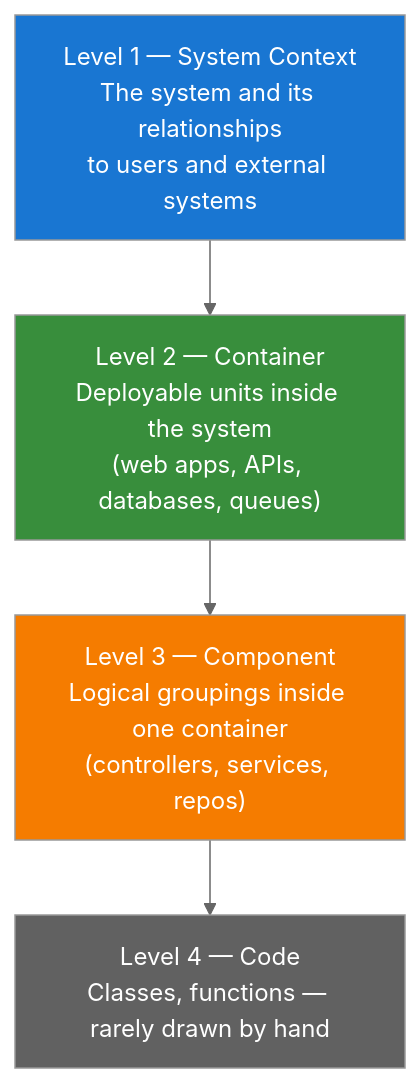
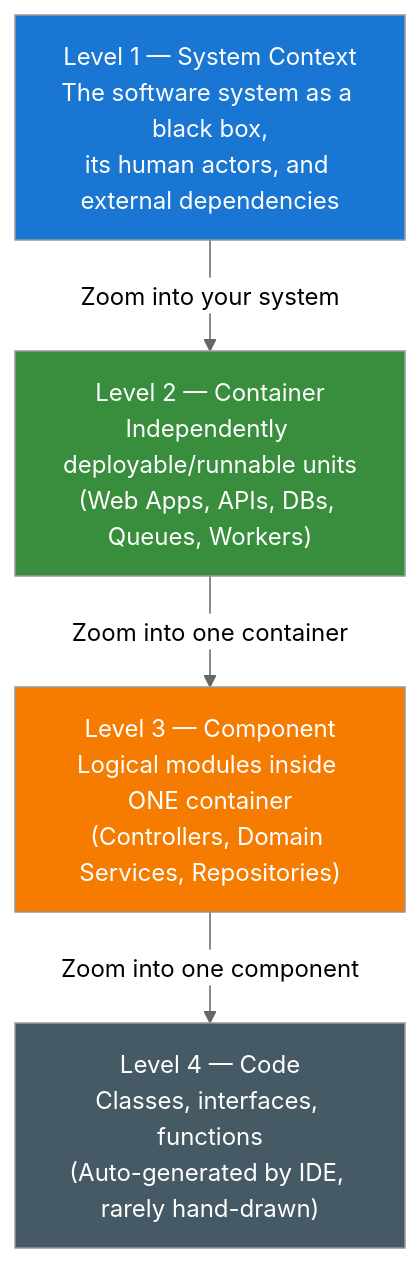
One commit to nitinkc/PrincipalEngineer_InterviewGuide changed the first of 4 diagrams in docs/02.01-c4-model.md. Above: the diagram before and after it, drawn with Mermaid (neutral theme). The commit also changed other lines of this file and 27 other files, not shown here.

````diff
--- a/docs/02.01-c4-model.md
+++ b/docs/02.01-c4-model.md
@@ -21,14 +25,16 @@
 ```mermaid
 graph TD
-    L1["Level 1 — System Context\nThe system and its relationships\nto users and external systems"]
-    L2["Level 2 — Container\nDeployable units inside the system\n(web apps, APIs, databases, queues)"]
-    L3["Level 3 — Component\nLogical groupings inside one container\n(controllers, services, repos)"]
-    L4["Level 4 — Code\nClasses, functions — rarely drawn by hand"]
+    L1["Level 1 — System Context<br/>The software system as a black box,<br/>its human actors, and external dependencies"]
+    L2["Level 2 — Container<br/>Independently deployable/runnable units<br/>(Web Apps, APIs, DBs, Queues, Workers)"]
+    L3["Level 3 — Component<br/>Logical modules inside ONE container<br/>(Controllers, Domain Services, Repositories)"]
+    L4["Level 4 — Code<br/>Classes, interfaces, functions<br/>(Auto-generated by IDE, rarely hand-drawn)"]
 
-    L1 --> L2 --> L3 --> L4
+    L1 -->|"Zoom into your system"| L2
+    L2 -->|"Zoom into one container"| L3
+    L3 -->|"Zoom into one component"| L4
 
     style L1 fill:#1976D2,color:#fff
     style L2 fill:#388E3C,color:#fff
     style L3 fill:#F57C00,color:#fff
-    style L4 fill:#616161,color:#fff
+    style L4 fill:#455A64,color:#fff
 ```
````
